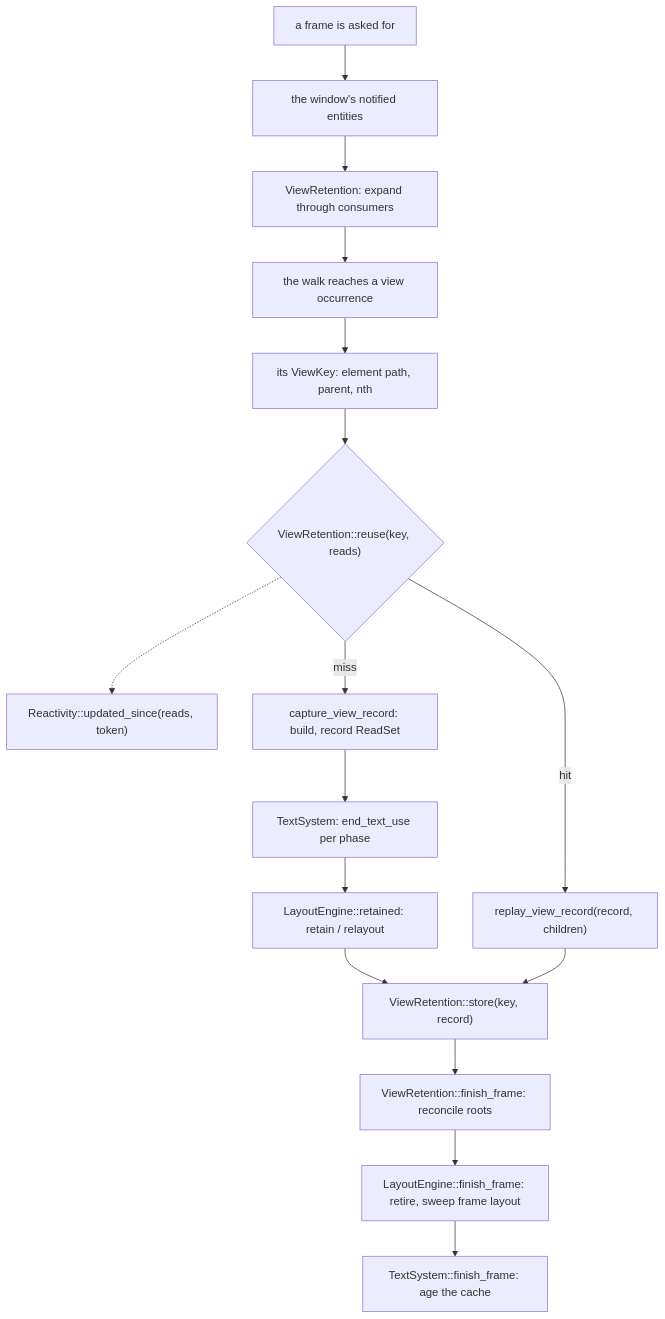
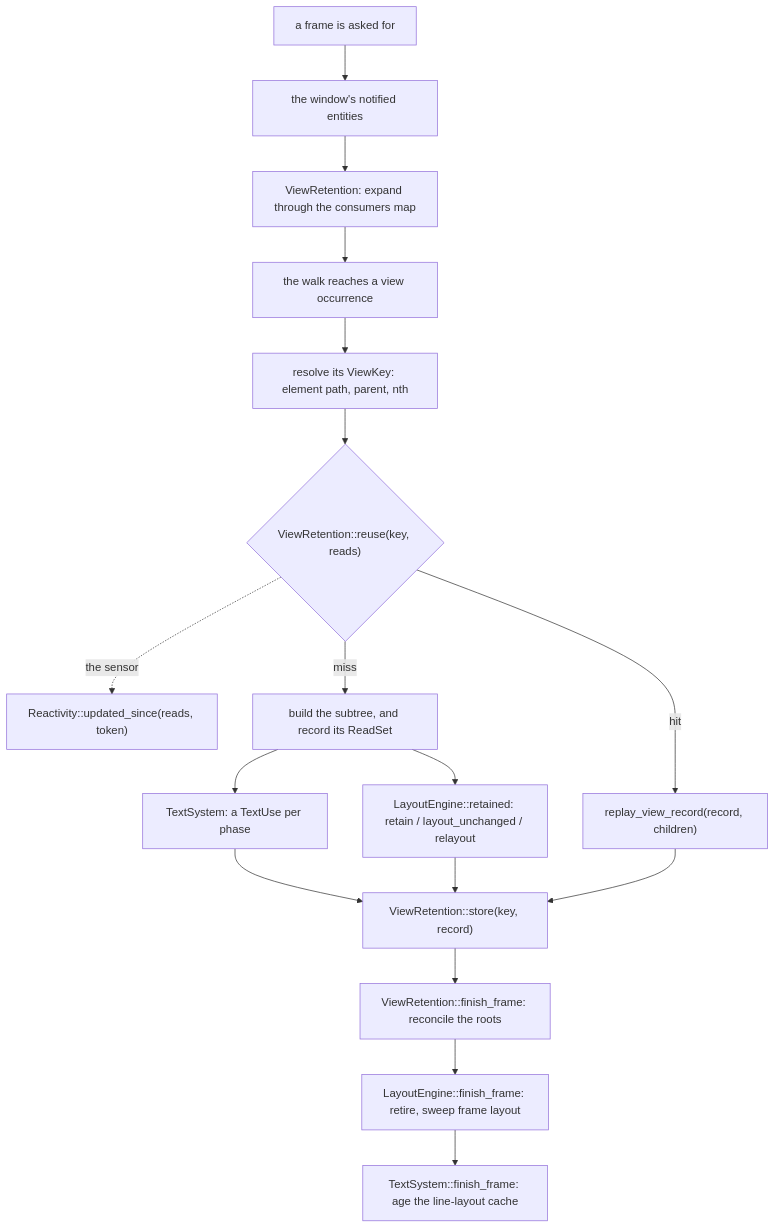
One commit to bite-gpui/bite-gpui-project changed the diagram in architecture/retention-seams.md. Above: the diagram before and after it, drawn with Mermaid. The commit also changed other lines of this file, not shown here.

````diff
--- a/architecture/retention-seams.md
+++ b/architecture/retention-seams.md
@@ -200,18 +200,19 @@
 ```mermaid
 flowchart TD
     ask["a frame is asked for"] --> notified["the window's notified entities"]
-    notified --> dirty["ViewRetention: expand through consumers"]
+    notified --> dirty["ViewRetention: expand through the consumers map"]
     dirty --> occ["the walk reaches a view occurrence"]
-    occ --> key["its ViewKey: element path, parent, nth"]
+    occ --> key["resolve its ViewKey: element path, parent, nth"]
     key --> reuse{"ViewRetention::reuse(key, reads)"}
-    reuse -.-> sensor["Reactivity::updated_since(reads, token)"]
+    reuse -.->|"the sensor"| sensor["Reactivity::updated_since(reads, token)"]
     reuse -->|"hit"| replay["replay_view_record(record, children)"]
-    reuse -->|"miss"| build["capture_view_record: build, record ReadSet"]
-    build --> text["TextSystem: end_text_use per phase"]
-    text --> layout["LayoutEngine::retained: retain / relayout"]
-    layout --> store["ViewRetention::store(key, record)"]
+    reuse -->|"miss"| build["build the subtree, and record its ReadSet"]
+    build --> text["TextSystem: a TextUse per phase"]
+    build --> layout["LayoutEngine::retained: retain / layout_unchanged / relayout"]
+    text --> store["ViewRetention::store(key, record)"]
+    layout --> store
     replay --> store
-    store --> reconcile["ViewRetention::finish_frame: reconcile roots"]
+    store --> reconcile["ViewRetention::finish_frame: reconcile the roots"]
     reconcile --> sweep["LayoutEngine::finish_frame: retire, sweep frame layout"]
-    sweep --> aging["TextSystem::finish_frame: age the cache"]
+    sweep --> aging["TextSystem::finish_frame: age the line-layout cache"]
 ```
````
